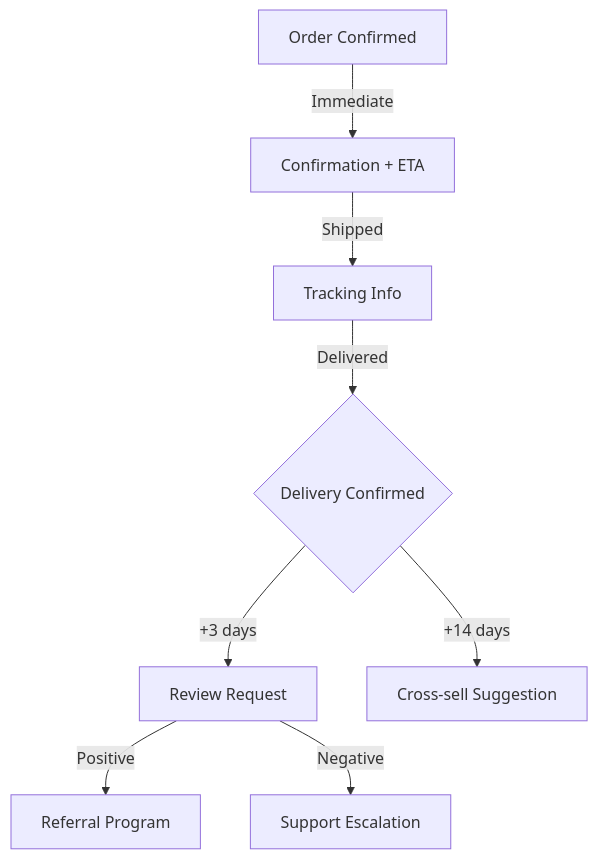
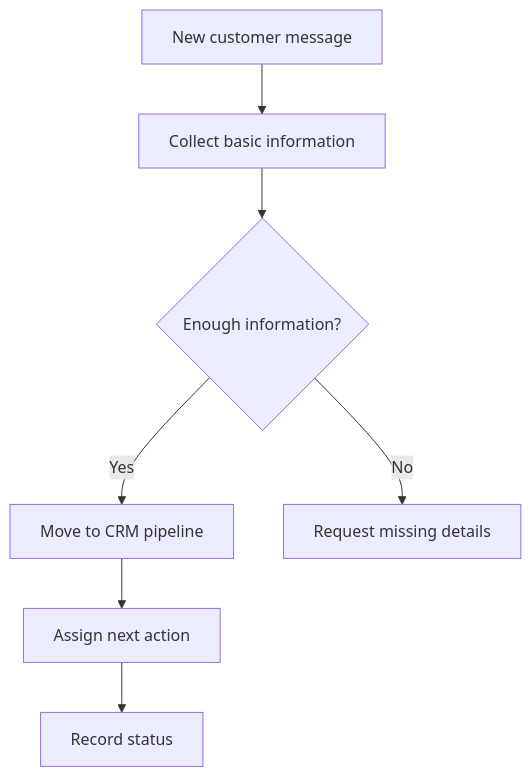
Before and after one commit to elidadutra187/whatsapp-crm-flows: the diagram in README.md, drawn with Mermaid. The commit also changed other lines of this file, not shown here.

Commit message:
Improve README as CRM documentation case

````diff
--- a/README.md
+++ b/README.md
@@ -73,10 +47,9 @@
 ```mermaid
 flowchart TD
-    A[Order Confirmed] -->|Immediate| B[Confirmation + ETA]
-    B -->|Shipped| C[Tracking Info]
-    C -->|Delivered| D{Delivery Confirmed}
-    D -->|+3 days| E[Review Request]
-    E -->|Positive| F[Referral Program]
-    E -->|Negative| G[Support Escalation]
-    D -->|+14 days| H[Cross-sell Suggestion]
+    A[New customer message] --> B[Collect basic information]
+    B --> C{Enough information?}
+    C -->|Yes| D[Move to CRM pipeline]
+    C -->|No| E[Request missing details]
+    D --> F[Assign next action]
+    F --> G[Record status]
 ```
````
